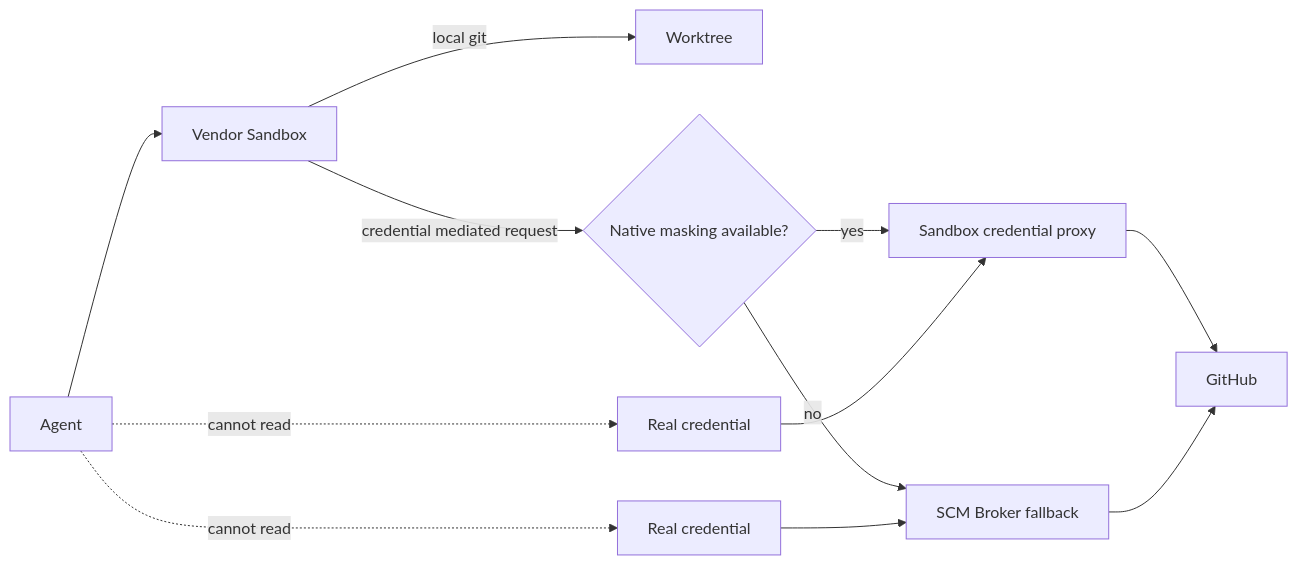
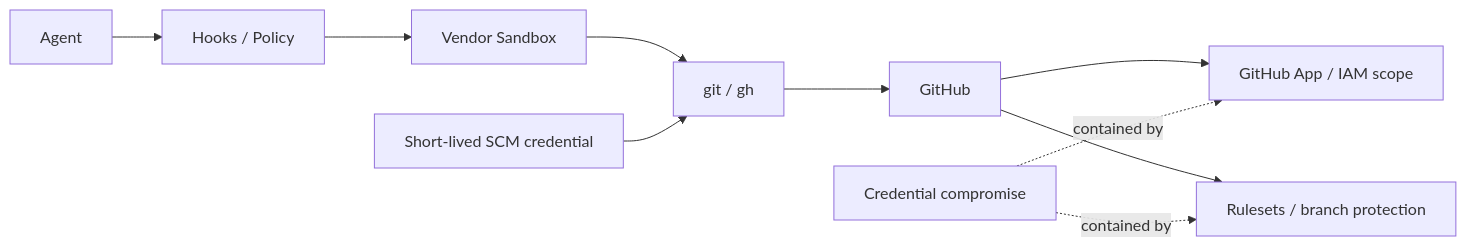
The diagram in docs/decisions/DL-011-sandbox-first-credential-isolation.md (tomo-chan/agent-harness), drawn with Mermaid before and after one commit. The commit also changed other lines of this file, not shown here.

Commit message:
docs: clarify credential isolation responsibility boundaries

````diff
--- a/docs/decisions/DL-011-sandbox-first-credential-isolation.md
+++ b/docs/decisions/DL-011-sandbox-first-credential-isolation.md
@@ -17,14 +13,12 @@
 ```mermaid
 flowchart LR
-    A[Agent] --> S[Vendor Sandbox]
-    S -->|local git| W[Worktree]
-    S -->|credential mediated request| M{Native masking available?}
-    M -->|yes| P[Sandbox credential proxy]
-    M -->|no| B[SCM Broker fallback]
-    P --> GH[GitHub]
-    B --> GH
-    C[Real credential] --> P
-    C2[Real credential] --> B
-    A -. cannot read .-> C
-    A -. cannot read .-> C2
+    A[Agent] --> H[Hooks / Policy]
+    H --> S[Vendor Sandbox]
+    S --> G[git / gh]
+    G --> GH[GitHub]
+    C[Short-lived SCM credential] --> G
+    GH --> I[GitHub App / IAM scope]
+    GH --> R[Rulesets / branch protection]
+    X[Credential compromise] -. contained by .-> I
+    X -. contained by .-> R
 ```
````
